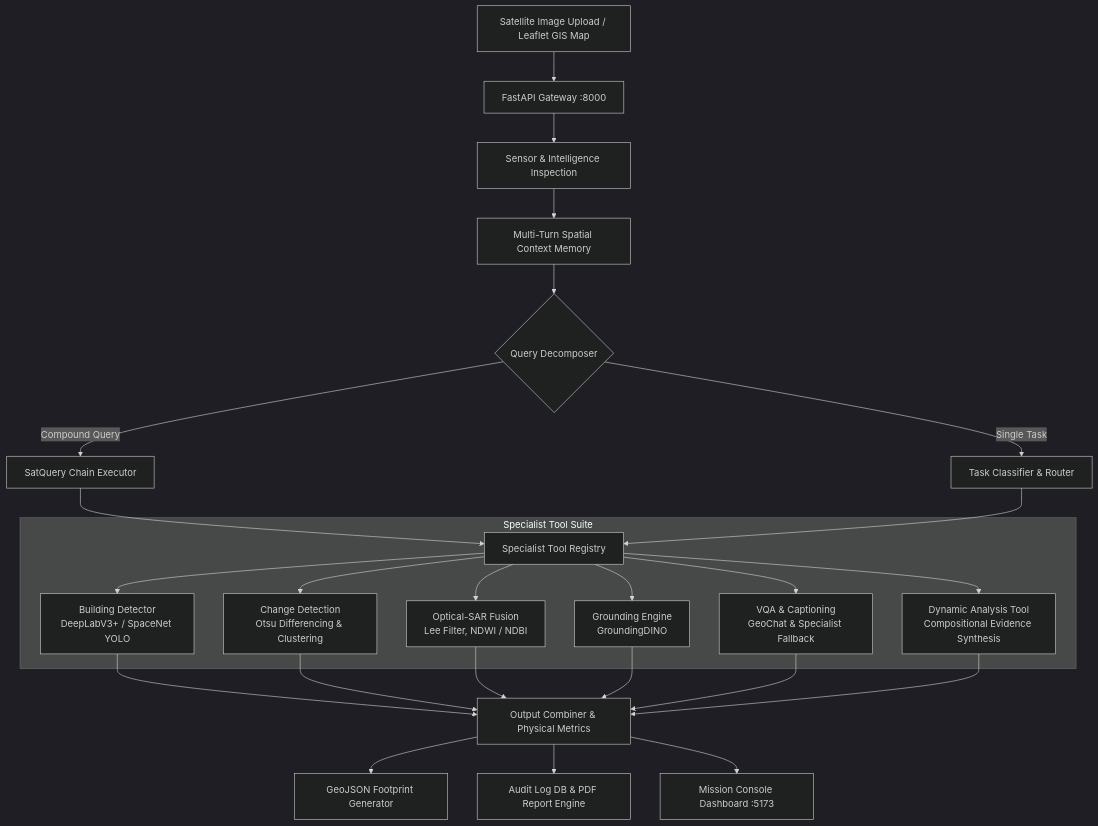
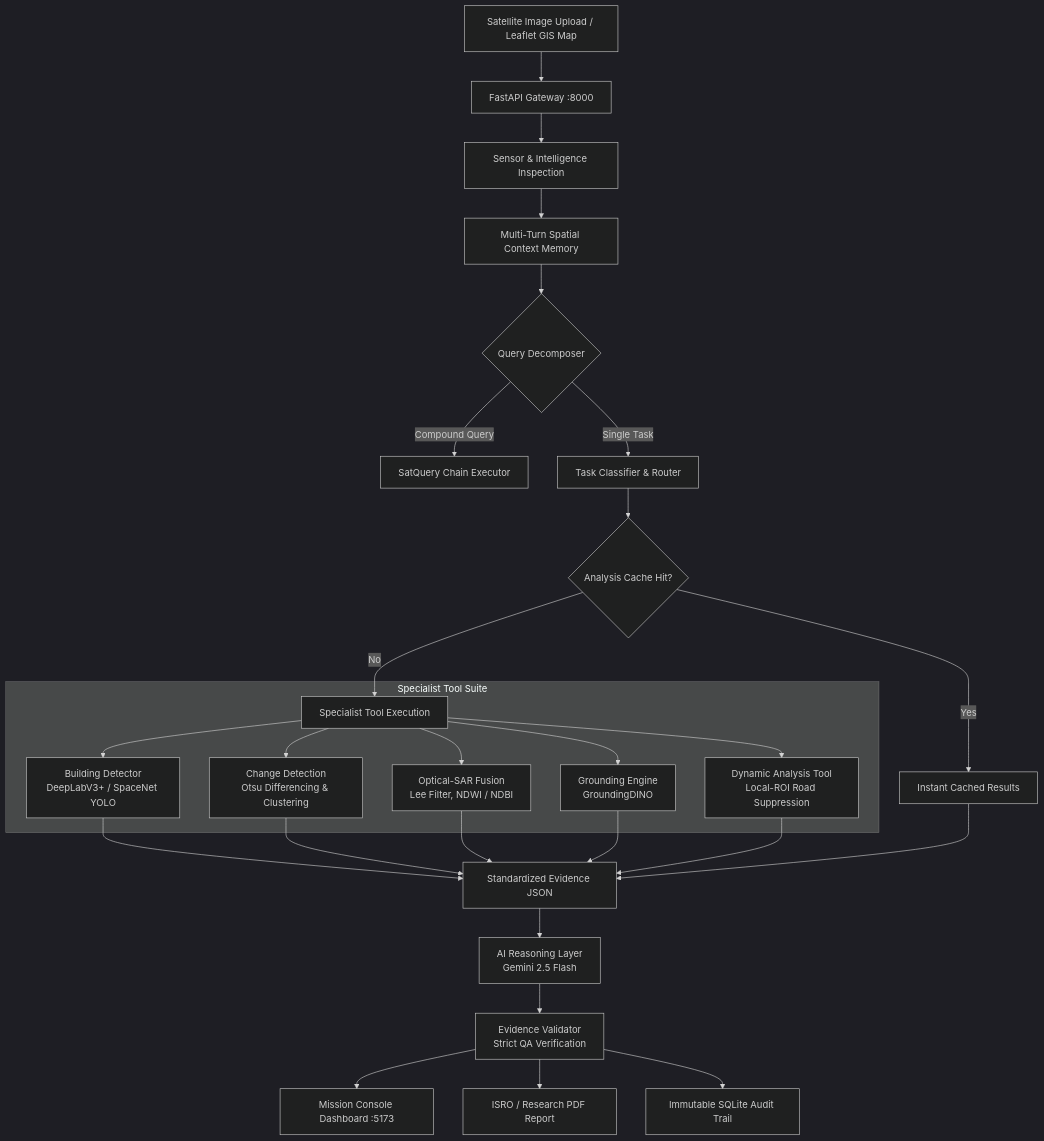
The diagram in README.md (anguabishek17/SATQUERY-AI), drawn with Mermaid (dark theme) before and after one commit. The commit also changed other lines of this file, not shown here.

Commit message:
docs: update README with Universal AI Pipeline, low-latency road suppression benchmarks, and architecture

````diff
--- a/README.md
+++ b/README.md
@@ -82,33 +140,35 @@
 ```mermaid
 graph TD
     A[Satellite Image Upload / Leaflet GIS Map] --> B[FastAPI Gateway :8000]
     B --> C[Sensor & Intelligence Inspection]
     C --> D[Multi-Turn Spatial Context Memory]
     D --> E{Query Decomposer}
     
     E -->|Compound Query| F[SatQuery Chain Executor]
     E -->|Single Task| G[Task Classifier & Router]
     
-    F --> H[Specialist Tool Registry]
-    G --> H
+    G --> H{Analysis Cache Hit?}
+    H -->|Yes| I[Instant Cached Results]
+    H -->|No| J[Specialist Tool Execution]
     
     subgraph Specialist Tool Suite
-        H --> T1[Building Detector<br/>DeepLabV3+ / SpaceNet YOLO]
-        H --> T2[Change Detection<br/>Otsu Differencing & Clustering]
-        H --> T3[Optical-SAR Fusion<br/>Lee Filter, NDWI / NDBI]
-        H --> T4[Grounding Engine<br/>GroundingDINO]
-        H --> T5[VQA & Captioning<br/>GeoChat & Specialist Fallback]
-        H --> T6[Dynamic Analysis Tool<br/>Compositional Evidence Synthesis]
+        J --> T1[Building Detector<br/>DeepLabV3+ / SpaceNet YOLO]
+        J --> T2[Change Detection<br/>Otsu Differencing & Clustering]
+        J --> T3[Optical-SAR Fusion<br/>Lee Filter, NDWI / NDBI]
+        J --> T4[Grounding Engine<br/>GroundingDINO]
+        J --> T5[Dynamic Analysis Tool<br/>Local-ROI Road Suppression]
     end
     
-    T1 --> I[Output Combiner & Physical Metrics]
-    T2 --> I
-    T3 --> I
-    T4 --> I
-    T5 --> I
-    T6 --> I
+    T1 --> K[Standardized Evidence JSON]
+    T2 --> K
+    T3 --> K
+    T4 --> K
+    T5 --> K
+    I --> K
     
-    I --> J[GeoJSON Footprint Generator]
-    I --> K[Audit Log DB & PDF Report Engine]
-    I --> L[Mission Console Dashboard :5173]
+    K --> L[AI Reasoning Layer<br/>Gemini 2.5 Flash]
+    L --> M[Evidence Validator<br/>Strict QA Verification]
+    M --> N[Mission Console Dashboard :5173]
+    M --> O[ISRO / Research PDF Report]
+    M --> P[Immutable SQLite Audit Trail]
 ```
````
